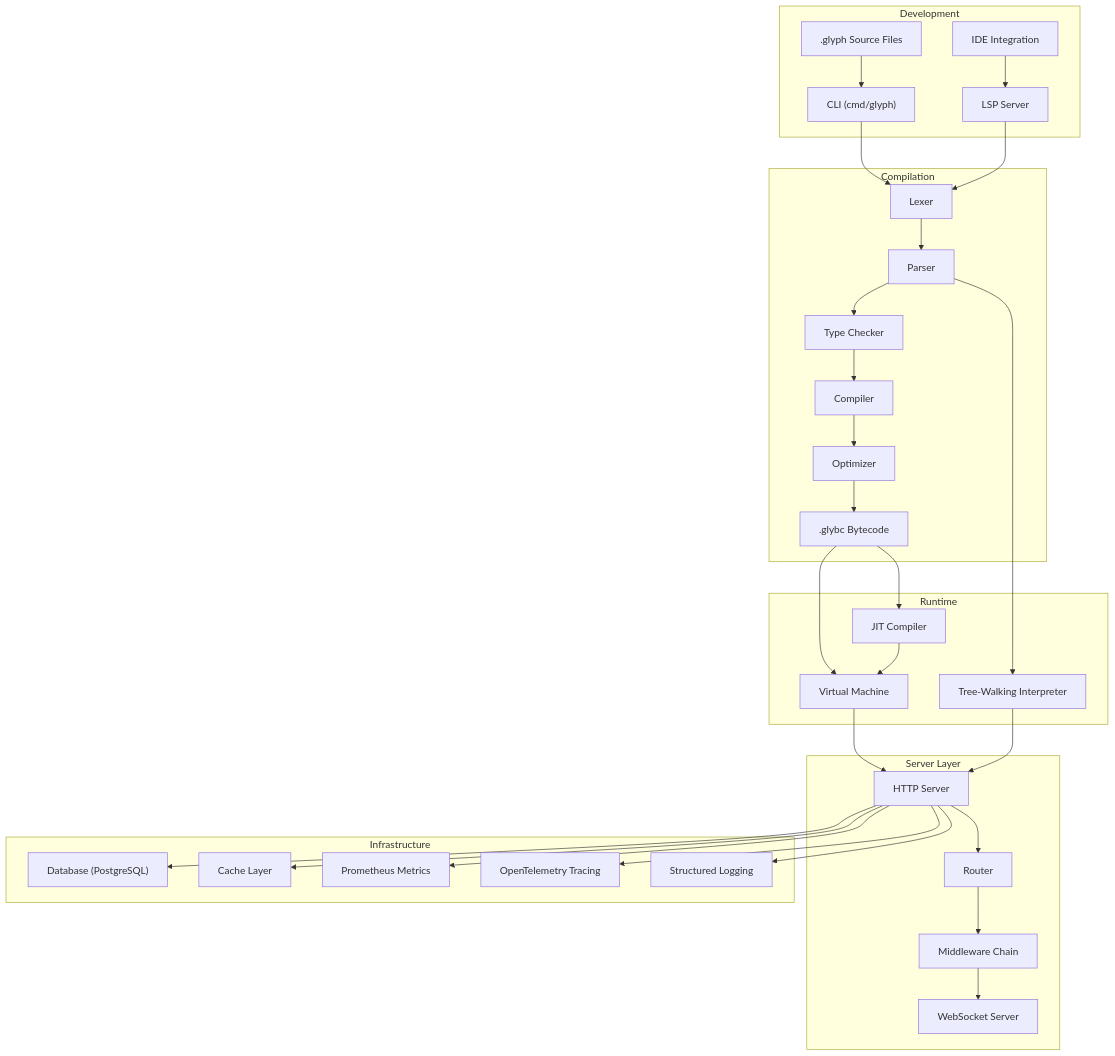
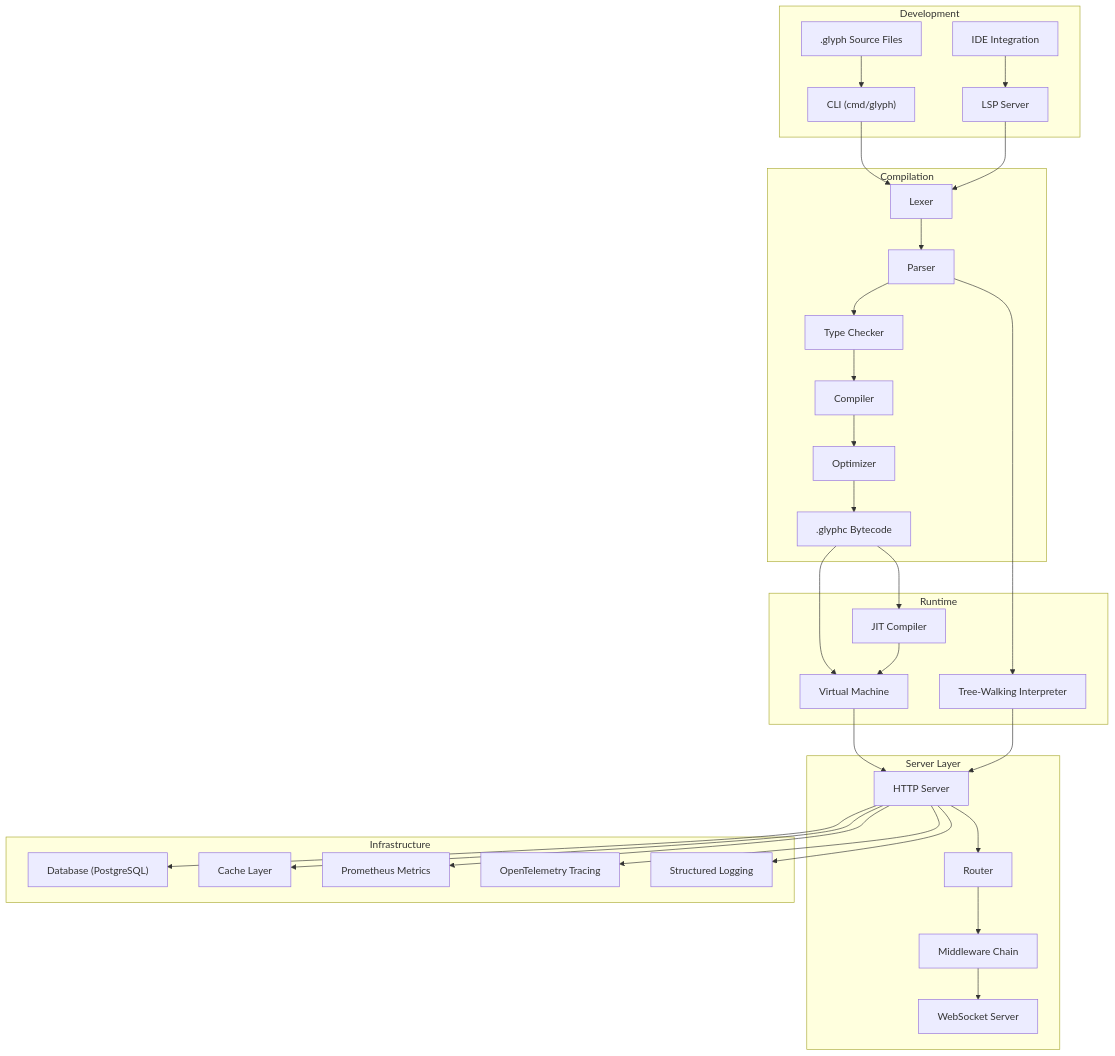
The first of 22 diagrams in docs/ARCHITECTURE_DESIGN.md (GlyphLang/GlyphLang), drawn with Mermaid before and after one commit. The commit also changed other lines of this file and 6 other files, not shown here.

First line of the commit message:
Rename compiled bytecode extension from .glybc to .glyphc

````diff
--- a/docs/ARCHITECTURE_DESIGN.md
+++ b/docs/ARCHITECTURE_DESIGN.md
@@ -21,68 +21,68 @@
 ```mermaid
 graph TB
     subgraph "Development"
         SRC[".glyph Source Files"]
         CLI["CLI (cmd/glyph)"]
         LSP["LSP Server"]
         IDE["IDE Integration"]
     end
 
     subgraph "Compilation"
         LEX["Lexer"]
         PAR["Parser"]
         TC["Type Checker"]
         COMP["Compiler"]
         OPT["Optimizer"]
-        BC[".glybc Bytecode"]
+        BC[".glyphc Bytecode"]
     end
 
     subgraph "Runtime"
         VM["Virtual Machine"]
         INTERP["Tree-Walking Interpreter"]
         JIT["JIT Compiler"]
     end
 
     subgraph "Server Layer"
         HTTP["HTTP Server"]
         WS["WebSocket Server"]
         MW["Middleware Chain"]
         ROUTER["Router"]
     end
 
     subgraph "Infrastructure"
         DB["Database (PostgreSQL)"]
         CACHE["Cache Layer"]
         METRICS["Prometheus Metrics"]
         TRACE["OpenTelemetry Tracing"]
         LOG["Structured Logging"]
     end
 
     SRC --> CLI
     CLI --> LEX
     IDE --> LSP
     LSP --> LEX
 
     LEX --> PAR
     PAR --> TC
     TC --> COMP
     COMP --> OPT
     OPT --> BC
 
     BC --> VM
     BC --> JIT
     PAR --> INTERP
 
     VM --> HTTP
     INTERP --> HTTP
     JIT --> VM
 
     HTTP --> ROUTER
     ROUTER --> MW
     MW --> WS
 
     HTTP --> DB
     HTTP --> CACHE
     HTTP --> METRICS
     HTTP --> TRACE
     HTTP --> LOG
 ```
````
